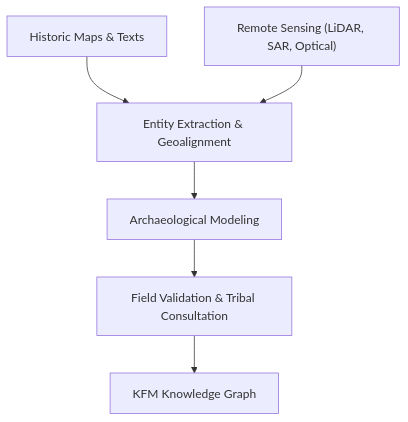
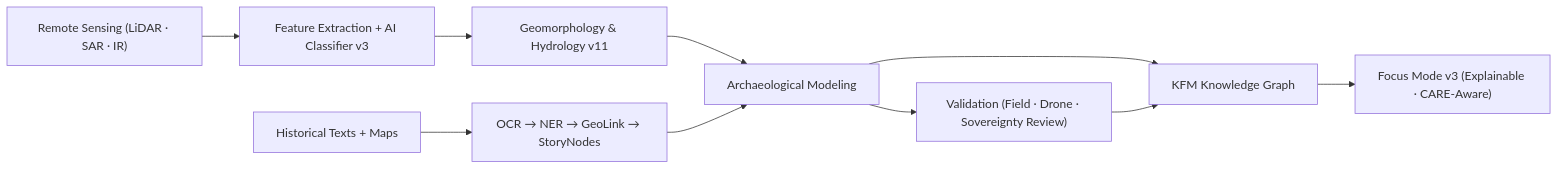
Before and after one commit to bartytime4life/Kansas-Frontier-Matrix: the diagram in docs/analyses/archaeology/README.md, drawn with Mermaid. The commit also changed other lines of this file, not shown here.

````diff
--- a/docs/analyses/archaeology/README.md
+++ b/docs/analyses/archaeology/README.md
@@ -76,12 +225,16 @@
 ```mermaid
-flowchart TD
-    A["Historic Maps & Texts"]
-    B["Remote Sensing (LiDAR, SAR, Optical)"]
-    C["Entity Extraction & Geoalignment"]
-    D["Archaeological Modeling"]
-    E["Field Validation & Tribal Consultation"]
-    F["KFM Knowledge Graph"]
+flowchart LR
+    A["Remote Sensing (LiDAR · SAR · IR)"]
+      --> C["Feature Extraction + AI Classifier v3"]
+      --> D["Geomorphology & Hydrology v11"]
+      --> E["Archaeological Modeling"]
+      --> G["KFM Knowledge Graph"]
 
-    A --> C
-    B --> C --> D --> E --> F
+    B["Historical Texts + Maps"]
+      --> F["OCR → NER → GeoLink → StoryNodes"]
+      --> E
+
+    E --> H["Validation (Field · Drone · Sovereignty Review)"]
+    H --> G
+    G --> I["Focus Mode v3 (Explainable · CARE-Aware)"]
 ```
````
